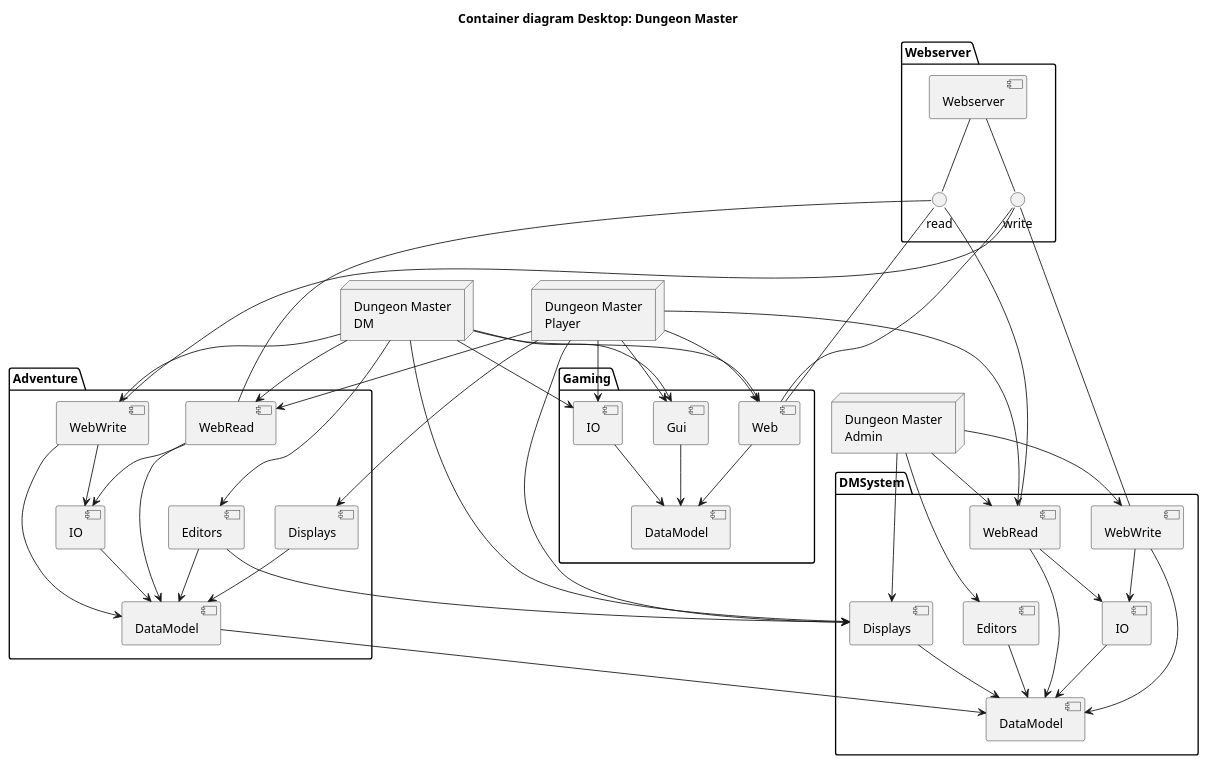
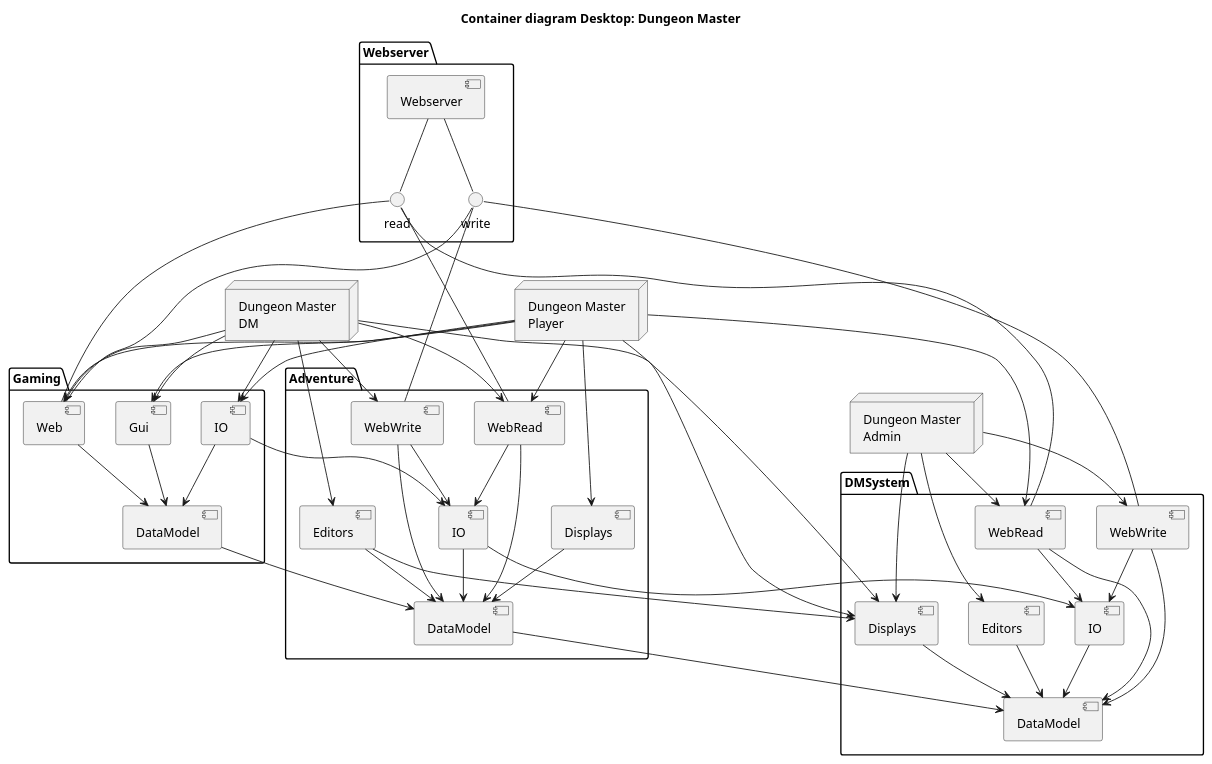
One commit to TigerInAnEmptyJar/dungeonMaster changed the diagram in docs/c4/02_component/container_desktop.puml. Above: the diagram before and after it, drawn with PlantUML. The commit also changed 24 other files, not shown here.

```diff
--- a/docs/c4/02_component/container_desktop.puml
+++ b/docs/c4/02_component/container_desktop.puml
@@ -1,88 +1,92 @@
 @startuml Context_Diagram
 title "Container diagram Desktop: Dungeon Master"
 
 package DMSystem {
   component DataModel as systemdatamodel
   component IO as systemio 
   component Editors as systemgui
   component Displays as systemDisplay
   component WebWrite as systemWebcom
   component WebRead as systemWebcomRead
   systemio --> systemdatamodel
   systemgui --> systemdatamodel
   systemDisplay --> systemdatamodel
   systemWebcom --> systemdatamodel
   systemWebcomRead --> systemdatamodel
   systemWebcom --> systemio
   systemWebcomRead --> systemio
 }
 package Adventure {
   component DataModel
   component IO
   component WebWrite as AdventureWebWrite
   component WebRead as AdventureWebRead
   component Editors as AdventureEditors
   component Displays as AdventureDisplays
   IO --> DataModel
   AdventureWebRead --> DataModel
   AdventureWebWrite --> DataModel
   AdventureEditors --> DataModel
   AdventureWebRead --> IO
   AdventureWebWrite --> IO
   AdventureDisplays --> DataModel
 }
 
 DataModel --> systemdatamodel
 AdventureEditors --> systemDisplay
+IO --> systemio
 
 package Gaming {
   component DataModel as gamingDataModel
   component IO as gamingIO
   component Gui as gamingGui
   component Web as gamingWeb
   gamingIO --> gamingDataModel
   gamingGui --> gamingDataModel
   gamingWeb --> gamingDataModel
 }
+
+gamingDataModel --> DataModel
+gamingIO --> IO
 
 node "Dungeon Master\nAdmin" as dm_admin
 
 dm_admin --> systemgui
 dm_admin --> systemDisplay
 dm_admin --> systemWebcom
 dm_admin --> systemWebcomRead
 
 node "Dungeon Master\nDM" as dm_dm
 
 dm_dm --> AdventureEditors
 dm_dm --> AdventureWebRead
 dm_dm --> AdventureWebWrite
 dm_dm --> systemDisplay
 dm_dm --> gamingGui
 dm_dm --> gamingIO
 dm_dm --> gamingWeb
 
 node "Dungeon Master\nPlayer" as dm_player
 dm_player --> AdventureWebRead
 dm_player --> AdventureDisplays
 dm_player --> systemDisplay
 dm_player --> systemWebcomRead
 dm_player --> gamingGui
 dm_player --> gamingIO
 dm_player --> gamingWeb
 
 package Webserver {
   component Webserver as ws
   interface read as webserverread
   interface write as webserverwrite
   ws -- webserverread
   ws -- webserverwrite
 }
 
 webserverread --- AdventureWebRead
 webserverwrite --- AdventureWebWrite
 webserverread --- systemWebcomRead
 webserverwrite --- systemWebcom
 webserverread --- gamingWeb
 webserverwrite --- gamingWeb
 @enduml
```
